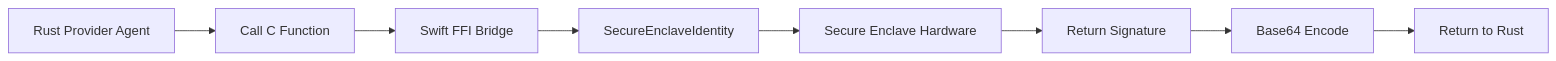
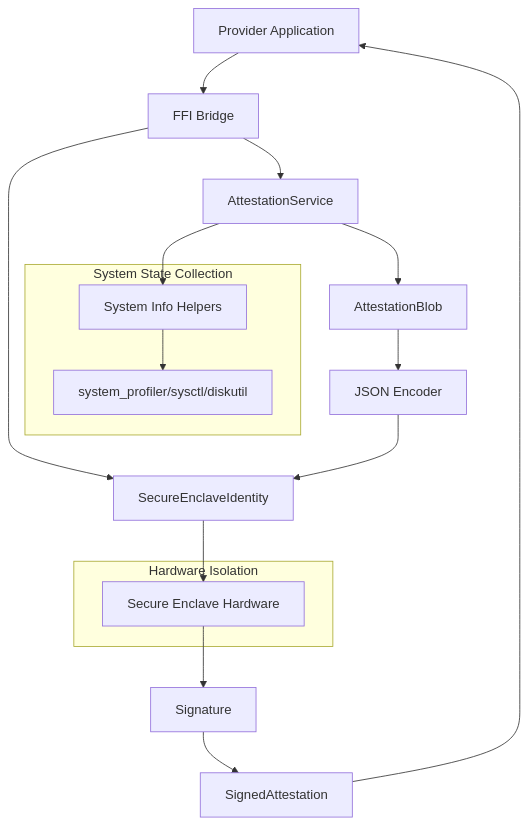
Before and after one commit to researchoors/knowledge-maintenance: the diagram in artifacts/d-inference/service_analyses/EigenInferenceEnclave.md, drawn with Mermaid. The commit also changed other lines of this file and 23 other files, not shown here.

````diff
--- a/artifacts/d-inference/service_analyses/EigenInferenceEnclave.md
+++ b/artifacts/d-inference/service_analyses/EigenInferenceEnclave.md
@@ -87,10 +49,26 @@
 ```mermaid
-graph LR
-    A[Rust Provider Agent] --> B[Call C Function]
-    B --> C[Swift FFI Bridge]
-    C --> D[SecureEnclaveIdentity]
-    D --> E[Secure Enclave Hardware]
-    E --> F[Return Signature]
-    F --> G[Base64 Encode]
-    G --> H[Return to Rust]
+flowchart TD
+    A[Provider Application] --> B[FFI Bridge]
+    B --> C[SecureEnclaveIdentity]
+    C --> D[Secure Enclave Hardware]
+    
+    B --> E[AttestationService]
+    E --> F[System Info Helpers]
+    F --> G[system_profiler/sysctl/diskutil]
+    E --> H[AttestationBlob]
+    H --> I[JSON Encoder]
+    I --> C
+    
+    D --> J[Signature]
+    J --> K[SignedAttestation]
+    K --> A
+    
+    subgraph "Hardware Isolation"
+        D
+    end
+    
+    subgraph "System State Collection"
+        F
+        G
+    end
 ```
````
